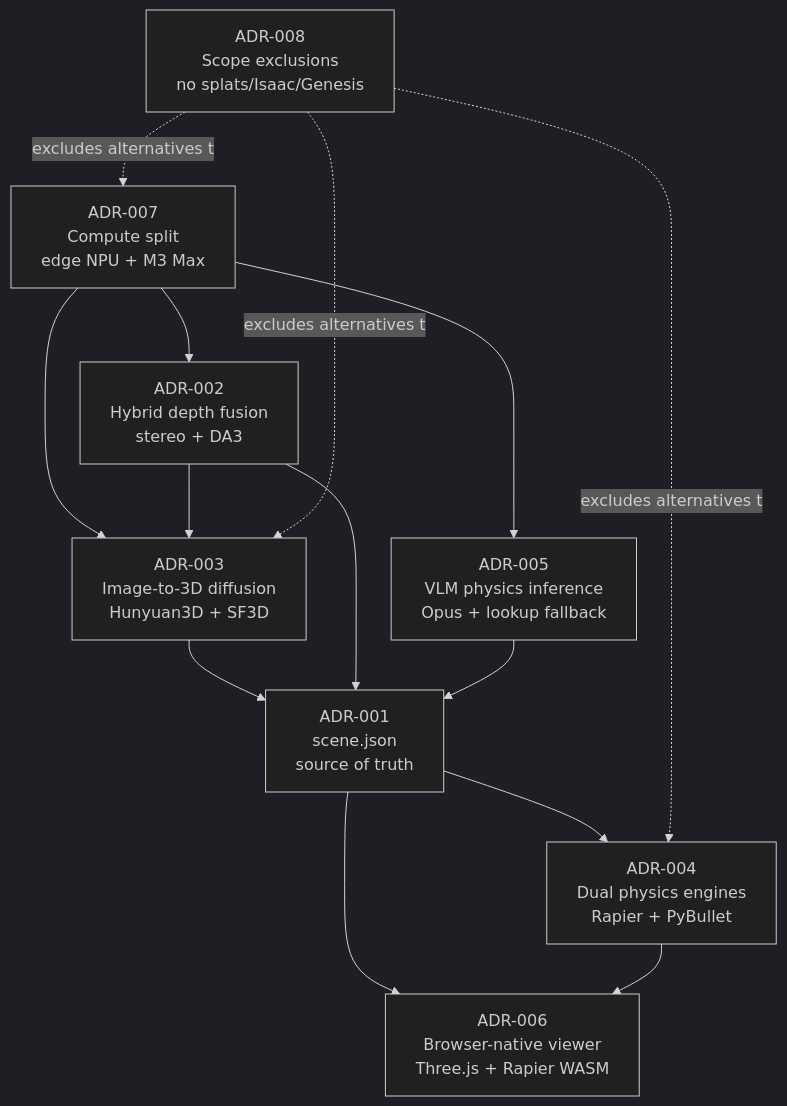
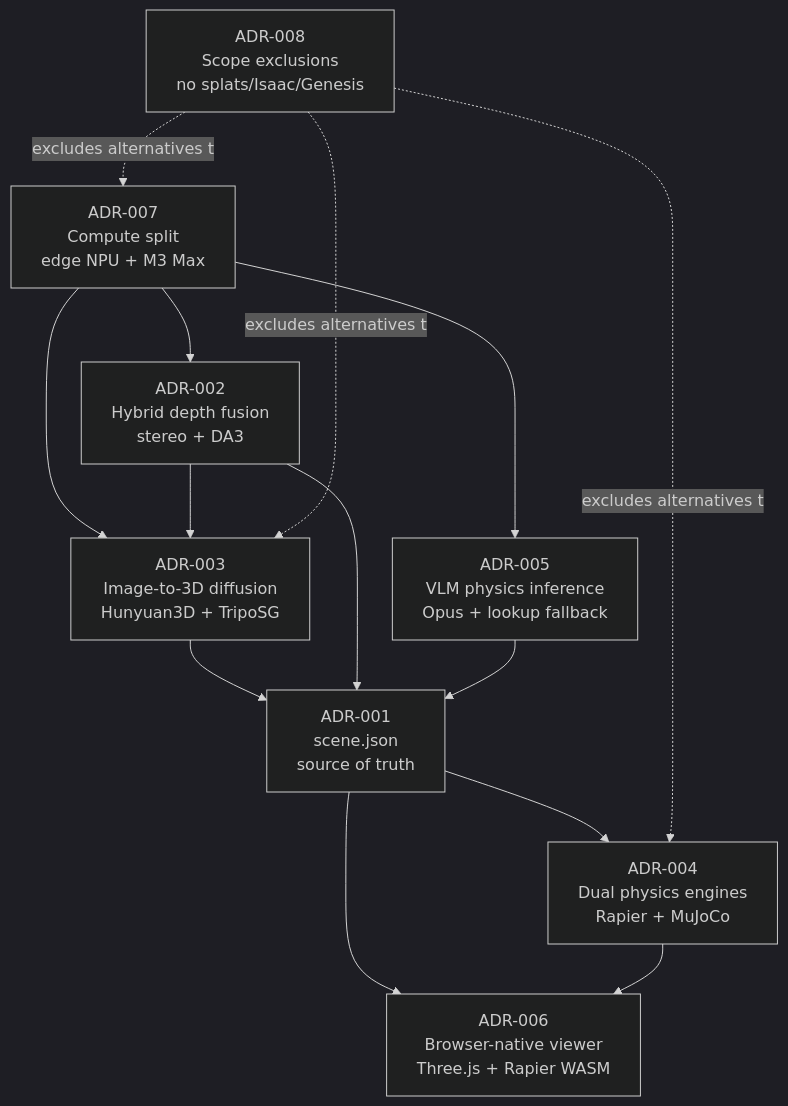
The diagram in docs/adr/README.md (mrsladoje/vid2sim), drawn with Mermaid (dark theme) before and after one commit. The commit also changed other lines of this file and 2 other files, not shown here.

Commit message:
docs: finish SOTA swap — reconcile ADR-001, ADR-008, README residuals

````diff
--- a/docs/adr/README.md
+++ b/docs/adr/README.md
@@ -20,25 +20,25 @@
 ```mermaid
 flowchart TD
     ADR007[ADR-007<br/>Compute split<br/>edge NPU + M3 Max]
     ADR002[ADR-002<br/>Hybrid depth fusion<br/>stereo + DA3]
-    ADR003[ADR-003<br/>Image-to-3D diffusion<br/>Hunyuan3D + SF3D]
+    ADR003[ADR-003<br/>Image-to-3D diffusion<br/>Hunyuan3D + TripoSG]
     ADR005[ADR-005<br/>VLM physics inference<br/>Opus + lookup fallback]
     ADR001[ADR-001<br/>scene.json<br/>source of truth]
-    ADR004[ADR-004<br/>Dual physics engines<br/>Rapier + PyBullet]
+    ADR004[ADR-004<br/>Dual physics engines<br/>Rapier + MuJoCo]
     ADR006[ADR-006<br/>Browser-native viewer<br/>Three.js + Rapier WASM]
     ADR008[ADR-008<br/>Scope exclusions<br/>no splats/Isaac/Genesis]
 
     ADR007 --> ADR002
     ADR007 --> ADR003
     ADR007 --> ADR005
     ADR002 --> ADR003
     ADR003 --> ADR001
     ADR002 --> ADR001
     ADR005 --> ADR001
     ADR001 --> ADR004
     ADR001 --> ADR006
     ADR004 --> ADR006
     ADR008 -.excludes alternatives to.-> ADR003
     ADR008 -.excludes alternatives to.-> ADR004
     ADR008 -.excludes alternatives to.-> ADR007
 ```
````
